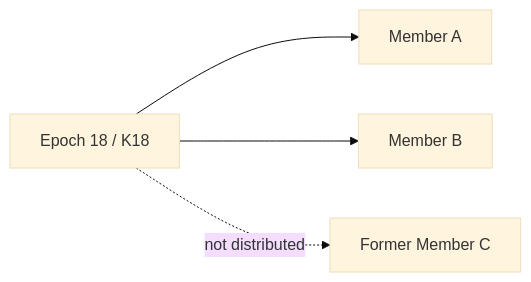
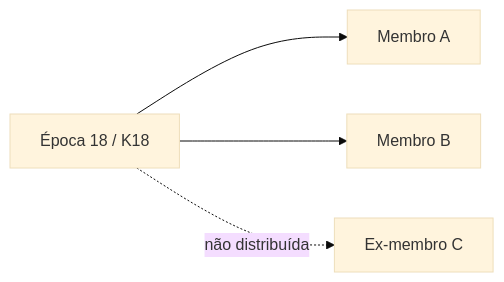
The ninth of 21 diagrams in docs/architecture.md (hugobessa/vamo-virar), drawn with Mermaid (base theme) before and after one commit. The commit also changed other lines of this file and 30 other files, not shown here.

````diff
--- a/docs/architecture.md
+++ b/docs/architecture.md
@@ -312,6 +312,6 @@
 ```mermaid
 flowchart LR
-    K18[Epoch 18 / K18] --> A[Member A]
-    K18 --> B[Member B]
-    K18 -.->|not distributed| C[Former Member C]
+    K18[Época 18 / K18] --> A[Membro A]
+    K18 --> B[Membro B]
+    K18 -.->|não distribuída| C[Ex-membro C]
 ```
````
